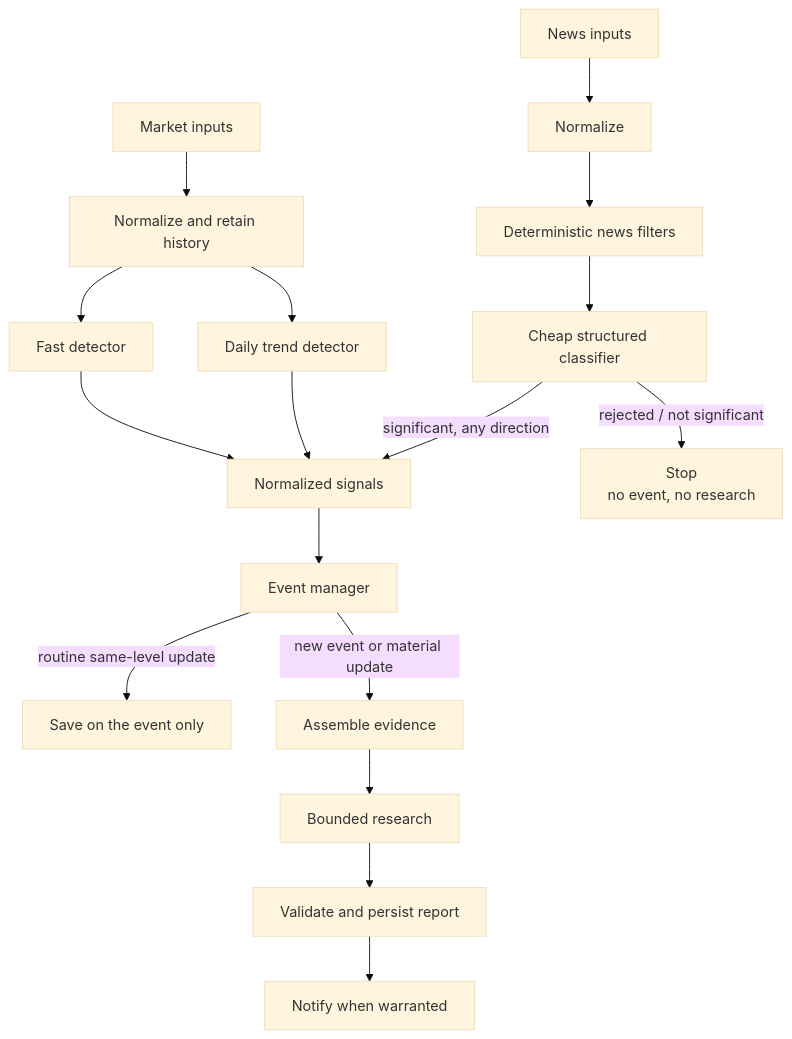
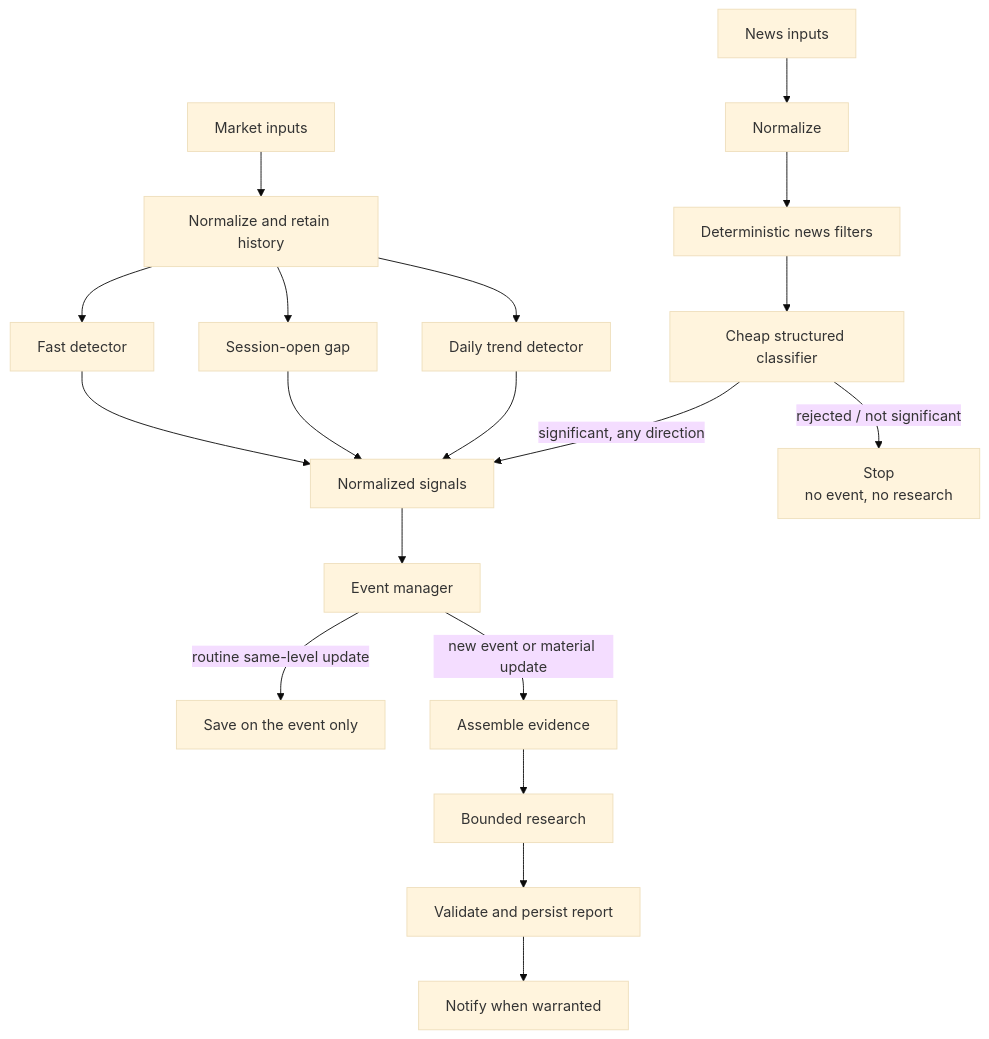
One commit to CarloVelarde/ai-investment-assistant changed the first of 2 diagrams in docs/ARCHITECTURE.md. Above: the diagram before and after it, drawn with Mermaid (base theme). The commit also changed other lines of this file and 10 other files, not shown here.

````diff
--- a/docs/ARCHITECTURE.md
+++ b/docs/ARCHITECTURE.md
@@ -9,22 +9,24 @@
 ```mermaid
 flowchart TD
     M["Market inputs"] --> NM["Normalize and retain history"]
     N["News inputs"] --> NN["Normalize"]
 
     NM --> C["Fast detector"]
+    NM --> G0["Session-open gap"]
     NM --> D["Daily trend detector"]
     NN --> F1["Deterministic news filters"]
     F1 --> CLF["Cheap structured classifier"]
 
     C --> E["Normalized signals"]
+    G0 --> E
     D --> E
     CLF -->|"significant, any direction"| E
     CLF -->|"rejected / not significant"| X["Stop<br/>no event, no research"]
 
     E --> EM["Event manager"]
     EM -->|"routine same-level update"| Q["Save on the event only"]
     EM -->|"new event or material update"| G["Assemble evidence"]
     G --> H["Bounded research"]
     H --> I["Validate and persist report"]
     I --> J["Notify when warranted"]
 ```
````
